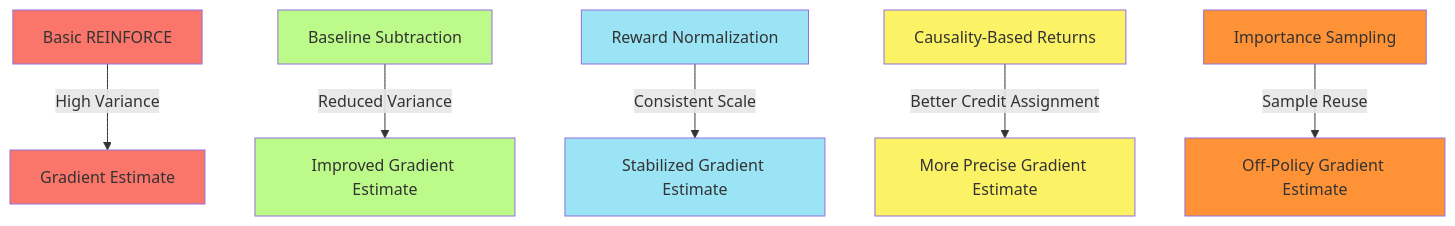
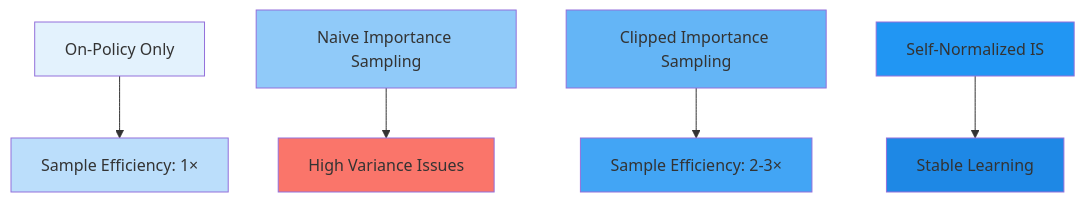
Before and after one commit to Chaklader/DPRL-Policy-based-methods: the third of 3 diagrams in C_2.md, drawn with Mermaid. The commit also changed other lines of this file, not shown here.

````diff
--- a/C_2.md
+++ b/C_2.md
@@ -1510,18 +804,16 @@
 ```mermaid
 graph TD
-    A[Basic REINFORCE] -->|"High Variance"| B[Gradient Estimate]
-    C[Baseline Subtraction] -->|"Reduced Variance"| D[Improved Gradient Estimate]
-    E[Reward Normalization] -->|"Consistent Scale"| F[Stabilized Gradient Estimate]
-    G[Causality-Based Returns] -->|"Better Credit Assignment"| H[More Precise Gradient Estimate]
-    I[Importance Sampling] -->|"Sample Reuse"| J[Off-Policy Gradient Estimate]
-    style A fill:#FA756A
-    style B fill:#FA756A
-    style C fill:#BCFB89
-    style D fill:#BCFB89
-    style E fill:#9AE4F5
-    style F fill:#9AE4F5
-    style G fill:#FBF266
-    style H fill:#FBF266
-    style I fill:#FE9237
-    style J fill:#FE9237
+    A["On-Policy Only"] --> B["Sample Efficiency: 1×"]
+    C["Naive Importance Sampling"] --> D["High Variance Issues"]
+    E["Clipped Importance Sampling"] --> F["Sample Efficiency: 2-3×"]
+    G["Self-Normalized IS"] --> H["Stable Learning"]
+
+    style A fill:#E3F2FD
+    style B fill:#BBDEFB
+    style C fill:#90CAF9
+    style D fill:#FA756A
+    style E fill:#64B5F6
+    style F fill:#42A5F5
+    style G fill:#2196F3
+    style H fill:#1E88E5
 ```
````
